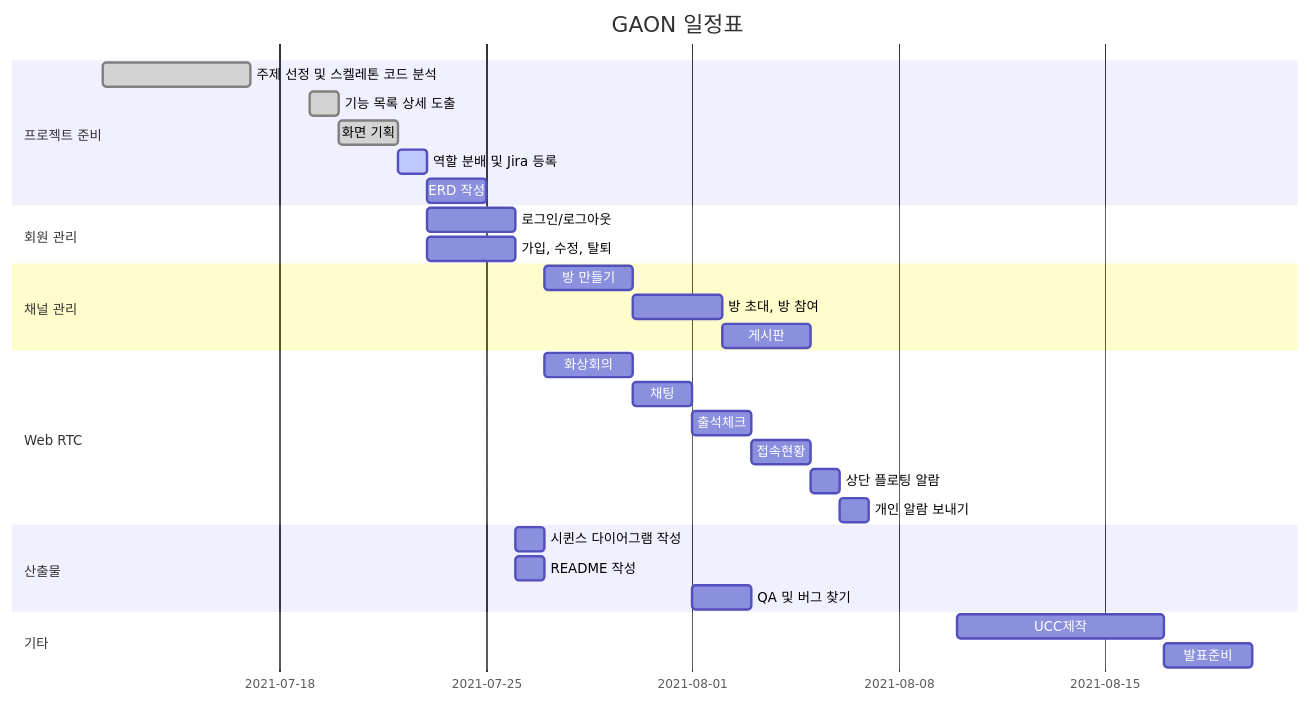
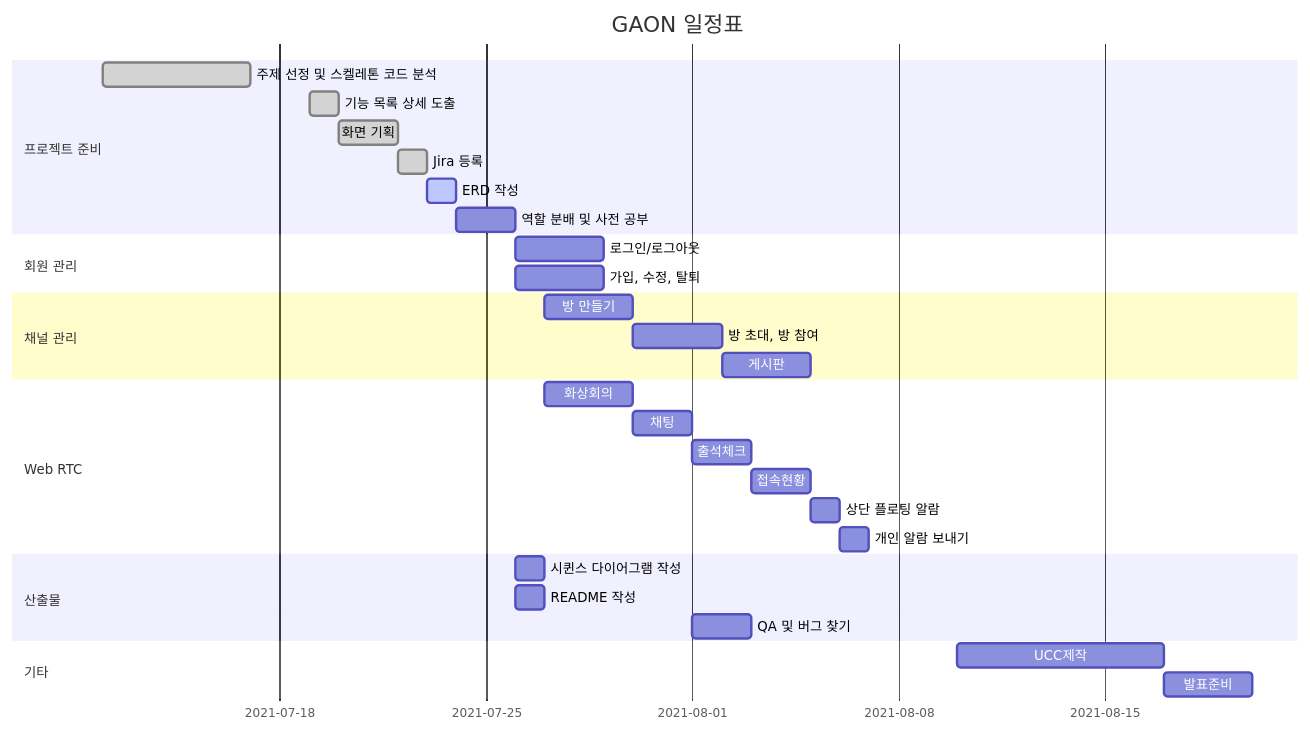
One commit to WangHoJin/GAON changed the diagram in README.md. Above: the diagram before and after it, drawn with Mermaid.

Commit message:
[S05P12B101-55] Update README.md

````diff
--- a/README.md
+++ b/README.md
@@ -5,40 +5,42 @@
 ```mermaid
 gantt
     dateFormat  MM-DD
     title       GAON 일정표
     %% excludes    weekends
     %% (`excludes` accepts specific dates in YYYY-MM-DD format, days of the week ("sunday") or "weekends", but not the word "weekdays".)
 
     section 프로젝트 준비
     주제 선정 및 스켈레톤 코드 분석	:done, 07-12, 5d
     기능 목록 상세 도출		   :done, 07-19, 1d
     화면 기획				  :done,07-20, 2d
-   	역할 분배 및 Jira 등록		: active, 07-22, 1d
-    ERD 작성				   :07-23, 2d
+   	Jira 등록		: done, 07-22, 1d
+    ERD 작성		: active, 07-23, 1d
+    역할 분배 및 사전 공부		: 07-24, 2d
+   
     
 	section 회원 관리
-    로그인/로그아웃		:07-23, 3d
-    가입, 수정, 탈퇴		 :07-23, 3d
+    로그인/로그아웃		:07-26, 3d
+    가입, 수정, 탈퇴		 :07-26, 3d
      
     section 채널 관리
     방 만들기 	: ch1, 07-27, 3d
     방 초대, 방 참여   :ch2, after ch1, 3d
     게시판 :after ch2, 3d
     
     section Web RTC
     화상회의 : rtc1, 07-27, 3d
     채팅     :rtc2, after rtc1, 2d
     출석체크   : rtc3, after rtc2, 2d
     접속현황  : rtc4, after rtc3, 2d
     상단 플로팅 알람 : rtc5, after rtc4, 1d
     개인 알람 보내기 : after rtc5, 1d
     
     section 산출물
     시퀸스 다이어그램 작성   :07-26, 1d
     README 작성  			:07-26, 1d
     QA 및 버그 찾기  	  :08-01, 2d
     
     section 기타
     UCC제작 :08-10, 7d
     발표준비 :08-17, 3d
 ```
````
